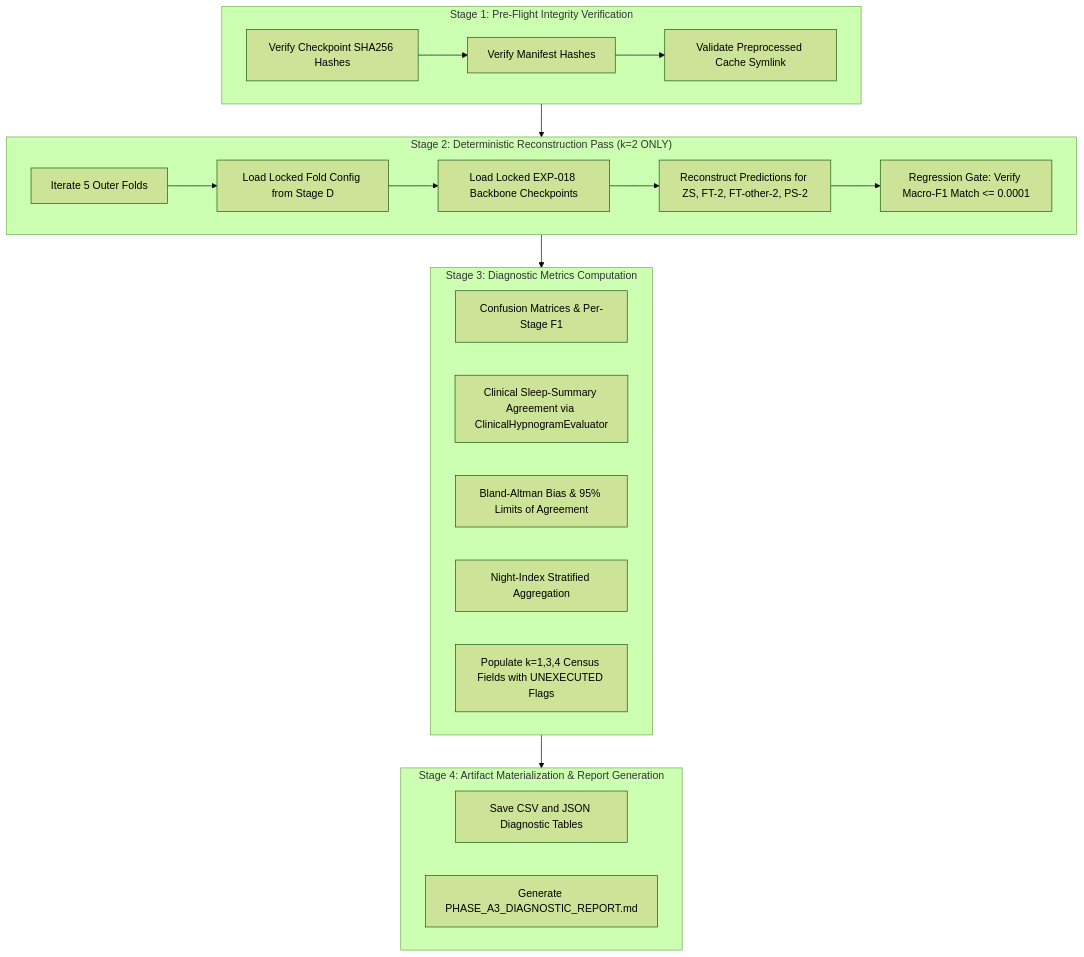
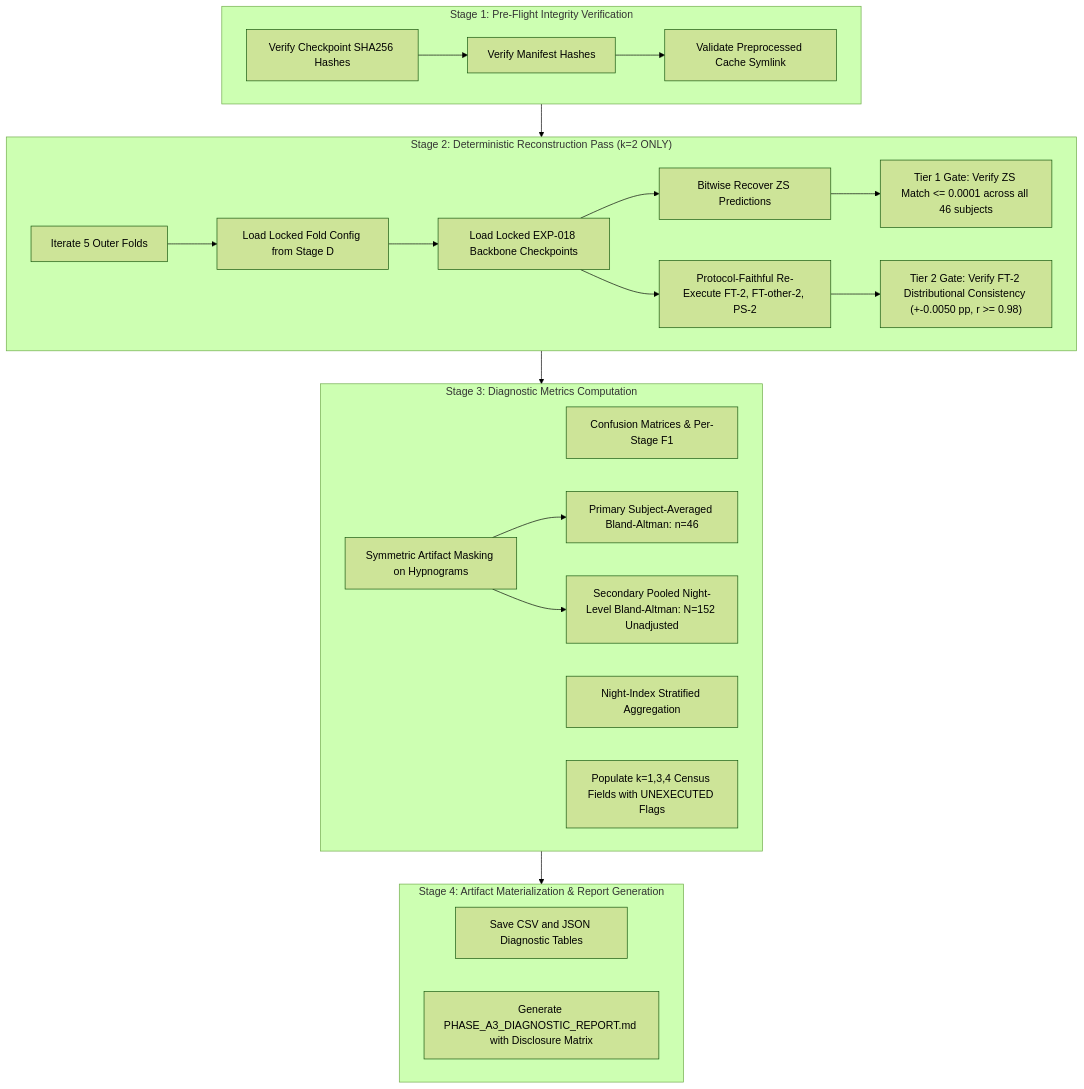
The diagram in experiments/EXP-019/design_phase_a3_extraction.md (jbjoyk/A-Multi-Night-Instantaneous-Heart-Rate-and-Accelerometry-), drawn with Mermaid (forest theme) before and after one commit. The commit also changed other lines of this file and 1 other file, not shown here.

Commit message:
docs(EXP-019): resolve reproducibility review findings in Phase A3 extraction specification

````diff
--- a/experiments/EXP-019/design_phase_a3_extraction.md
+++ b/experiments/EXP-019/design_phase_a3_extraction.md
@@ -101,29 +114,32 @@
 ```mermaid
 flowchart TD
     subgraph S1 ["Stage 1: Pre-Flight Integrity Verification"]
         A[Verify Checkpoint SHA256 Hashes] --> B[Verify Manifest Hashes]
         B --> C[Validate Preprocessed Cache Symlink]
     end
 
     subgraph S2 ["Stage 2: Deterministic Reconstruction Pass (k=2 ONLY)"]
         D[Iterate 5 Outer Folds] --> E[Load Locked Fold Config from Stage D]
         E --> F[Load Locked EXP-018 Backbone Checkpoints]
-        F --> G[Reconstruct Predictions for ZS, FT-2, FT-other-2, PS-2]
-        G --> H["Regression Gate: Verify Macro-F1 Match <= 0.0001"]
+        F --> G1[Bitwise Recover ZS Predictions]
+        F --> G2[Protocol-Faithful Re-Execute FT-2, FT-other-2, PS-2]
+        G1 --> H1["Tier 1 Gate: Verify ZS Match <= 0.0001 across all 46 subjects"]
+        G2 --> H2["Tier 2 Gate: Verify FT-2 Distributional Consistency (+-0.0050 pp, r >= 0.98)"]
     end
 
     subgraph S3 ["Stage 3: Diagnostic Metrics Computation"]
         I[Confusion Matrices & Per-Stage F1]
-        J[Clinical Sleep-Summary Agreement via ClinicalHypnogramEvaluator]
-        K[Bland-Altman Bias & 95% Limits of Agreement]
+        J[Symmetric Artifact Masking on Hypnograms]
+        J --> K1[Primary Subject-Averaged Bland-Altman: n=46]
+        J --> K2[Secondary Pooled Night-Level Bland-Altman: N=152 Unadjusted]
         L[Night-Index Stratified Aggregation]
         M[Populate k=1,3,4 Census Fields with UNEXECUTED Flags]
     end
 
     subgraph S4 ["Stage 4: Artifact Materialization & Report Generation"]
         N[Save CSV and JSON Diagnostic Tables]
-        O[Generate PHASE_A3_DIAGNOSTIC_REPORT.md]
+        O[Generate PHASE_A3_DIAGNOSTIC_REPORT.md with Disclosure Matrix]
     end
 
     S1 --> S2 --> S3 --> S4
 ```
````
